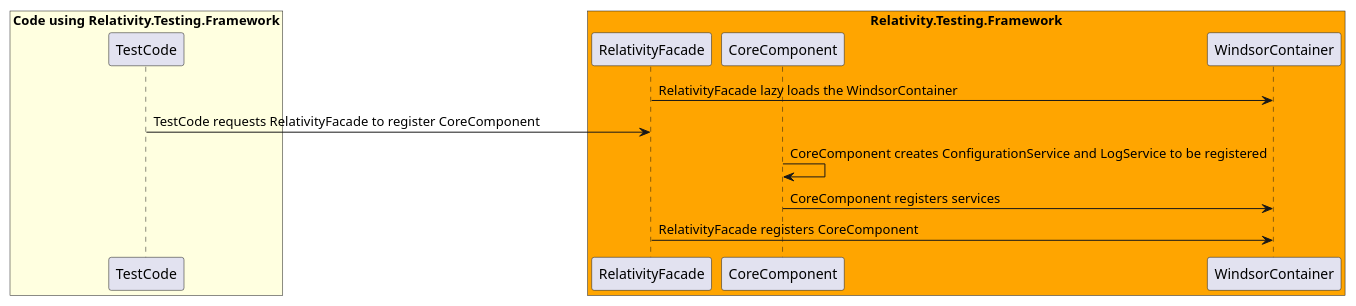
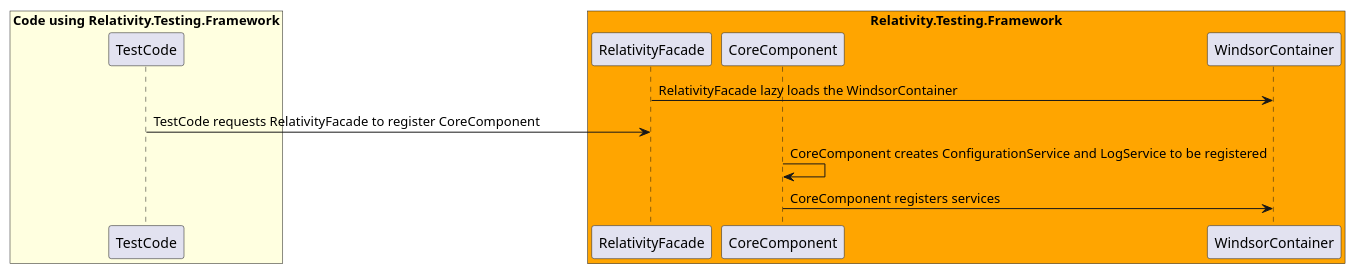
One commit to relativitydev/relativity.testing.framework changed the diagram in docs/dev/SequenceDiagrams/UMLFiles/CoreComponent.iuml. Above: the diagram before and after it, drawn with PlantUML.

Commit message:
TESTENG-1465: Remove redundant step

```diff
--- a/docs/dev/SequenceDiagrams/UMLFiles/CoreComponent.iuml
+++ b/docs/dev/SequenceDiagrams/UMLFiles/CoreComponent.iuml
@@ -1,19 +1,18 @@
 @startuml Relativity.Testing.Framework CoreComponent Sequence Diagram
 
 box "Code using Relativity.Testing.Framework" #LightYellow
 participant "TestCode"
 end box
 
 box "Relativity.Testing.Framework" #Orange
 participant "RelativityFacade"
 participant "CoreComponent"
 participant "WindsorContainer"
 end box
 
 "RelativityFacade" -> "WindsorContainer" : RelativityFacade lazy loads the WindsorContainer
 "TestCode" -> "RelativityFacade" : TestCode requests RelativityFacade to register CoreComponent
 "CoreComponent" -> "CoreComponent" : CoreComponent creates ConfigurationService and LogService to be registered
 "CoreComponent" -> "WindsorContainer" : CoreComponent registers services
-"RelativityFacade" -> "WindsorContainer" : RelativityFacade registers CoreComponent
 
 @enduml
```
